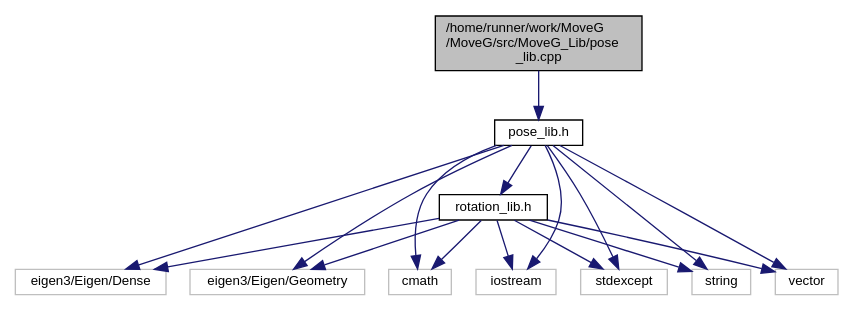
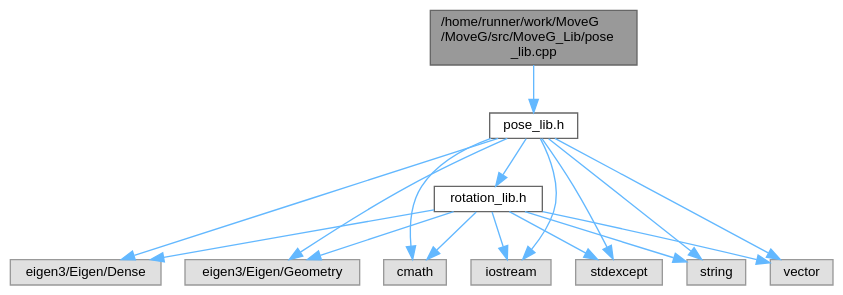
One commit to GiorgioMedico/MoveG changed the diagram in pose__lib_8cpp__incl.dot. Above: the diagram before and after it, drawn with Graphviz. The commit also changed 164 other files, not shown here.

```diff
--- a/pose__lib_8cpp__incl.dot
+++ b/pose__lib_8cpp__incl.dot
@@ -1,32 +1,33 @@
 digraph "/home/runner/work/MoveG/MoveG/src/MoveG_Lib/pose_lib.cpp"
 {
  // LATEX_PDF_SIZE
-  edge [fontname="Helvetica",fontsize="10",labelfontname="Helvetica",labelfontsize="10"];
-  node [fontname="Helvetica",fontsize="10",shape=record];
-  Node1 [label="/home/runner/work/MoveG\l/MoveG/src/MoveG_Lib/pose\l_lib.cpp",height=0.2,width=0.4,color="black", fillcolor="grey75", style="filled", fontcolor="black",tooltip="Classe per la rappresentazione di Pose."];
-  Node1 -> Node2 [color="midnightblue",fontsize="10",style="solid",fontname="Helvetica"];
-  Node2 [label="pose_lib.h",height=0.2,width=0.4,color="black", fillcolor="white", style="filled",URL="$pose__lib_8h.html",tooltip="Classe per la rappresentazione di Pose."];
-  Node2 -> Node3 [color="midnightblue",fontsize="10",style="solid",fontname="Helvetica"];
-  Node3 [label="eigen3/Eigen/Dense",height=0.2,width=0.4,color="grey75", fillcolor="white", style="filled",tooltip=" "];
-  Node2 -> Node4 [color="midnightblue",fontsize="10",style="solid",fontname="Helvetica"];
-  Node4 [label="eigen3/Eigen/Geometry",height=0.2,width=0.4,color="grey75", fillcolor="white", style="filled",tooltip=" "];
-  Node2 -> Node5 [color="midnightblue",fontsize="10",style="solid",fontname="Helvetica"];
-  Node5 [label="cmath",height=0.2,width=0.4,color="grey75", fillcolor="white", style="filled",tooltip=" "];
-  Node2 -> Node6 [color="midnightblue",fontsize="10",style="solid",fontname="Helvetica"];
-  Node6 [label="iostream",height=0.2,width=0.4,color="grey75", fillcolor="white", style="filled",tooltip=" "];
-  Node2 -> Node7 [color="midnightblue",fontsize="10",style="solid",fontname="Helvetica"];
-  Node7 [label="stdexcept",height=0.2,width=0.4,color="grey75", fillcolor="white", style="filled",tooltip=" "];
-  Node2 -> Node8 [color="midnightblue",fontsize="10",style="solid",fontname="Helvetica"];
-  Node8 [label="string",height=0.2,width=0.4,color="grey75", fillcolor="white", style="filled",tooltip=" "];
-  Node2 -> Node9 [color="midnightblue",fontsize="10",style="solid",fontname="Helvetica"];
-  Node9 [label="vector",height=0.2,width=0.4,color="grey75", fillcolor="white", style="filled",tooltip=" "];
-  Node2 -> Node10 [color="midnightblue",fontsize="10",style="solid",fontname="Helvetica"];
-  Node10 [label="rotation_lib.h",height=0.2,width=0.4,color="black", fillcolor="white", style="filled",URL="$rotation__lib_8h.html",tooltip="Classe per la rappresentazione e manipolazione di rotazioni in 3D."];
-  Node10 -> Node3 [color="midnightblue",fontsize="10",style="solid",fontname="Helvetica"];
-  Node10 -> Node4 [color="midnightblue",fontsize="10",style="solid",fontname="Helvetica"];
-  Node10 -> Node5 [color="midnightblue",fontsize="10",style="solid",fontname="Helvetica"];
-  Node10 -> Node6 [color="midnightblue",fontsize="10",style="solid",fontname="Helvetica"];
-  Node10 -> Node7 [color="midnightblue",fontsize="10",style="solid",fontname="Helvetica"];
-  Node10 -> Node8 [color="midnightblue",fontsize="10",style="solid",fontname="Helvetica"];
-  Node10 -> Node9 [color="midnightblue",fontsize="10",style="solid",fontname="Helvetica"];
+  bgcolor="transparent";
+  edge [fontname=Helvetica,fontsize=10,labelfontname=Helvetica,labelfontsize=10];
+  node [fontname=Helvetica,fontsize=10,shape=box,height=0.2,width=0.4];
+  Node1 [id="Node000001",label="/home/runner/work/MoveG\l/MoveG/src/MoveG_Lib/pose\l_lib.cpp",height=0.2,width=0.4,color="gray40", fillcolor="grey60", style="filled", fontcolor="black",tooltip="Classe per la rappresentazione di Pose."];
+  Node1 -> Node2 [id="edge1_Node000001_Node000002",color="steelblue1",style="solid",tooltip=" "];
+  Node2 [id="Node000002",label="pose_lib.h",height=0.2,width=0.4,color="grey40", fillcolor="white", style="filled",URL="$pose__lib_8h.html",tooltip="Classe per la rappresentazione di Pose."];
+  Node2 -> Node3 [id="edge2_Node000002_Node000003",color="steelblue1",style="solid",tooltip=" "];
+  Node3 [id="Node000003",label="eigen3/Eigen/Dense",height=0.2,width=0.4,color="grey60", fillcolor="#E0E0E0", style="filled",tooltip=" "];
+  Node2 -> Node4 [id="edge3_Node000002_Node000004",color="steelblue1",style="solid",tooltip=" "];
+  Node4 [id="Node000004",label="eigen3/Eigen/Geometry",height=0.2,width=0.4,color="grey60", fillcolor="#E0E0E0", style="filled",tooltip=" "];
+  Node2 -> Node5 [id="edge4_Node000002_Node000005",color="steelblue1",style="solid",tooltip=" "];
+  Node5 [id="Node000005",label="cmath",height=0.2,width=0.4,color="grey60", fillcolor="#E0E0E0", style="filled",tooltip=" "];
+  Node2 -> Node6 [id="edge5_Node000002_Node000006",color="steelblue1",style="solid",tooltip=" "];
+  Node6 [id="Node000006",label="iostream",height=0.2,width=0.4,color="grey60", fillcolor="#E0E0E0", style="filled",tooltip=" "];
+  Node2 -> Node7 [id="edge6_Node000002_Node000007",color="steelblue1",style="solid",tooltip=" "];
+  Node7 [id="Node000007",label="stdexcept",height=0.2,width=0.4,color="grey60", fillcolor="#E0E0E0", style="filled",tooltip=" "];
+  Node2 -> Node8 [id="edge7_Node000002_Node000008",color="steelblue1",style="solid",tooltip=" "];
+  Node8 [id="Node000008",label="string",height=0.2,width=0.4,color="grey60", fillcolor="#E0E0E0", style="filled",tooltip=" "];
+  Node2 -> Node9 [id="edge8_Node000002_Node000009",color="steelblue1",style="solid",tooltip=" "];
+  Node9 [id="Node000009",label="vector",height=0.2,width=0.4,color="grey60", fillcolor="#E0E0E0", style="filled",tooltip=" "];
+  Node2 -> Node10 [id="edge9_Node000002_Node000010",color="steelblue1",style="solid",tooltip=" "];
+  Node10 [id="Node000010",label="rotation_lib.h",height=0.2,width=0.4,color="grey40", fillcolor="white", style="filled",URL="$rotation__lib_8h.html",tooltip="Classe per la rappresentazione e manipolazione di rotazioni in 3D."];
+  Node10 -> Node3 [id="edge10_Node000010_Node000003",color="steelblue1",style="solid",tooltip=" "];
+  Node10 -> Node4 [id="edge11_Node000010_Node000004",color="steelblue1",style="solid",tooltip=" "];
+  Node10 -> Node5 [id="edge12_Node000010_Node000005",color="steelblue1",style="solid",tooltip=" "];
+  Node10 -> Node6 [id="edge13_Node000010_Node000006",color="steelblue1",style="solid",tooltip=" "];
+  Node10 -> Node7 [id="edge14_Node000010_Node000007",color="steelblue1",style="solid",tooltip=" "];
+  Node10 -> Node8 [id="edge15_Node000010_Node000008",color="steelblue1",style="solid",tooltip=" "];
+  Node10 -> Node9 [id="edge16_Node000010_Node000009",color="steelblue1",style="solid",tooltip=" "];
 }
```
